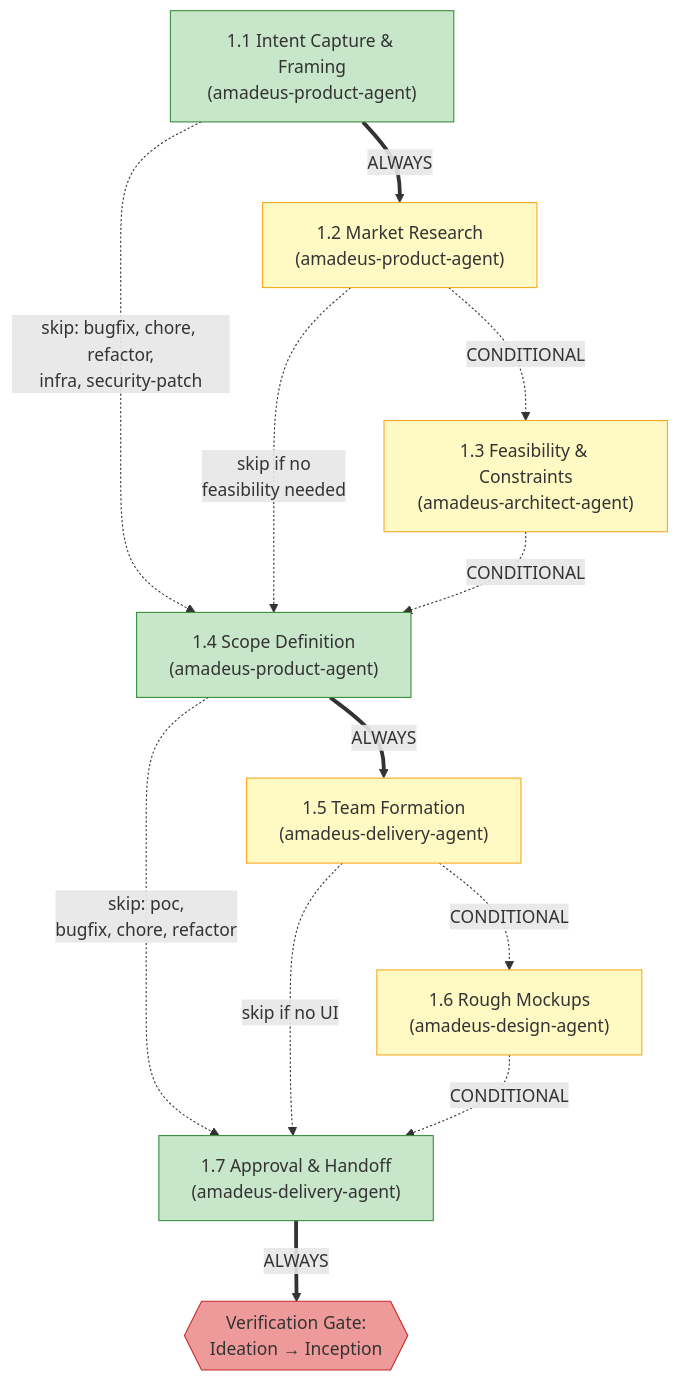
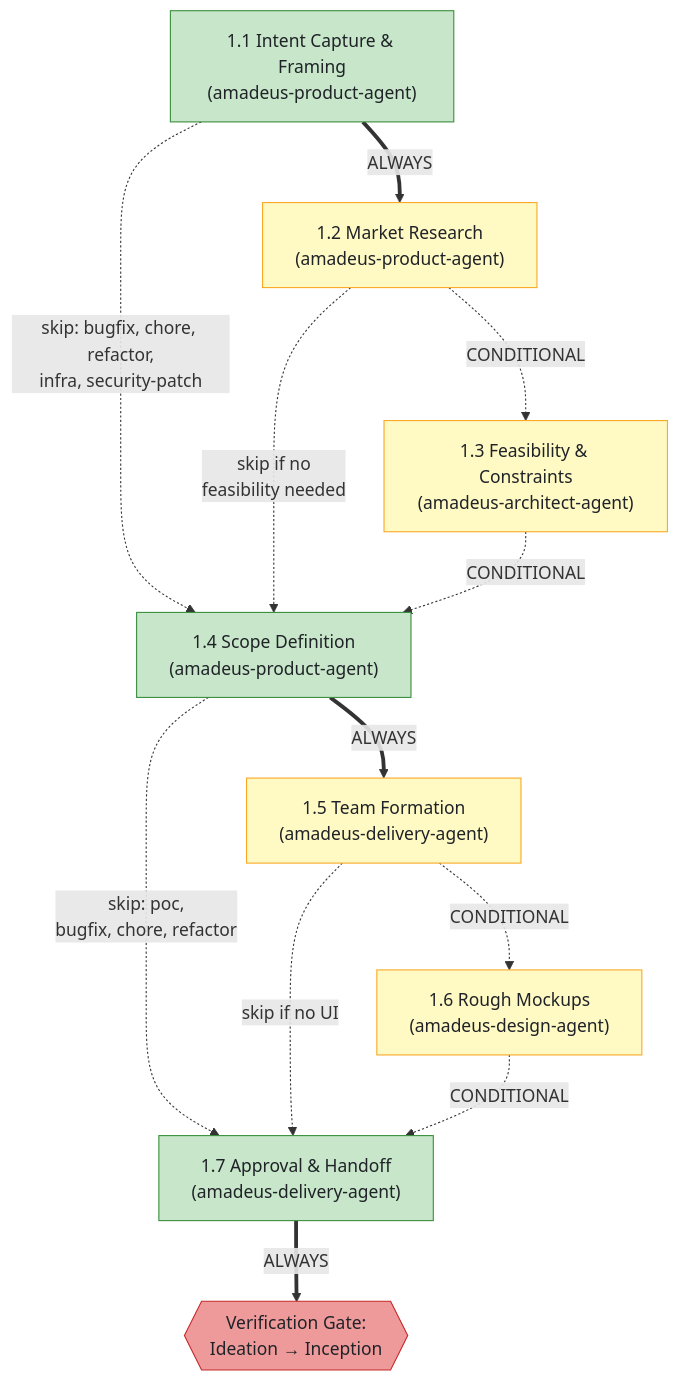
The second of 6 diagrams in docs/guide/04-phases-and-stages.ja.md (amadeus-dlc/amadeus), drawn with Mermaid before and after one commit. The commit also changed other lines of this file and 1 other file, not shown here.

Commit message:
docs: improve Mermaid diagram contrast

````diff
--- a/docs/guide/04-phases-and-stages.ja.md
+++ b/docs/guide/04-phases-and-stages.ja.md
@@ -88,32 +88,32 @@
 ```mermaid
 flowchart TD
     S11["1.1 Intent Capture & Framing\n(amadeus-product-agent)"]
     S12["1.2 Market Research\n(amadeus-product-agent)"]
     S13["1.3 Feasibility & Constraints\n(amadeus-architect-agent)"]
     S14["1.4 Scope Definition\n(amadeus-product-agent)"]
     S15["1.5 Team Formation\n(amadeus-delivery-agent)"]
     S16["1.6 Rough Mockups\n(amadeus-design-agent)"]
     S17["1.7 Approval & Handoff\n(amadeus-delivery-agent)"]
     VG1{{"Verification Gate:\nIdeation → Inception"}}
 
     S11 ==>|ALWAYS| S12
     S11 -.->|"skip: bugfix, chore, refactor,\ninfra, security-patch"| S14
     S12 -.->|CONDITIONAL| S13
     S12 -.->|"skip if no\nfeasibility needed"| S14
     S13 -.->|CONDITIONAL| S14
     S14 ==>|ALWAYS| S15
     S14 -.->|"skip: poc,\nbugfix, chore, refactor"| S17
     S15 -.->|CONDITIONAL| S16
     S15 -.->|"skip if no UI"| S17
     S16 -.->|CONDITIONAL| S17
     S17 ==>|ALWAYS| VG1
 
-    style S11 fill:#c8e6c9,stroke:#388e3c
-    style S14 fill:#c8e6c9,stroke:#388e3c
-    style S17 fill:#c8e6c9,stroke:#388e3c
-    style S12 fill:#fff9c4,stroke:#f9a825
-    style S13 fill:#fff9c4,stroke:#f9a825
-    style S15 fill:#fff9c4,stroke:#f9a825
-    style S16 fill:#fff9c4,stroke:#f9a825
-    style VG1 fill:#ef9a9a,stroke:#c62828
+    style S11 fill:#c8e6c9,stroke:#388e3c,color:#1f2328
+    style S14 fill:#c8e6c9,stroke:#388e3c,color:#1f2328
+    style S17 fill:#c8e6c9,stroke:#388e3c,color:#1f2328
+    style S12 fill:#fff9c4,stroke:#f9a825,color:#1f2328
+    style S13 fill:#fff9c4,stroke:#f9a825,color:#1f2328
+    style S15 fill:#fff9c4,stroke:#f9a825,color:#1f2328
+    style S16 fill:#fff9c4,stroke:#f9a825,color:#1f2328
+    style VG1 fill:#ef9a9a,stroke:#c62828,color:#1f2328
 ```
````
